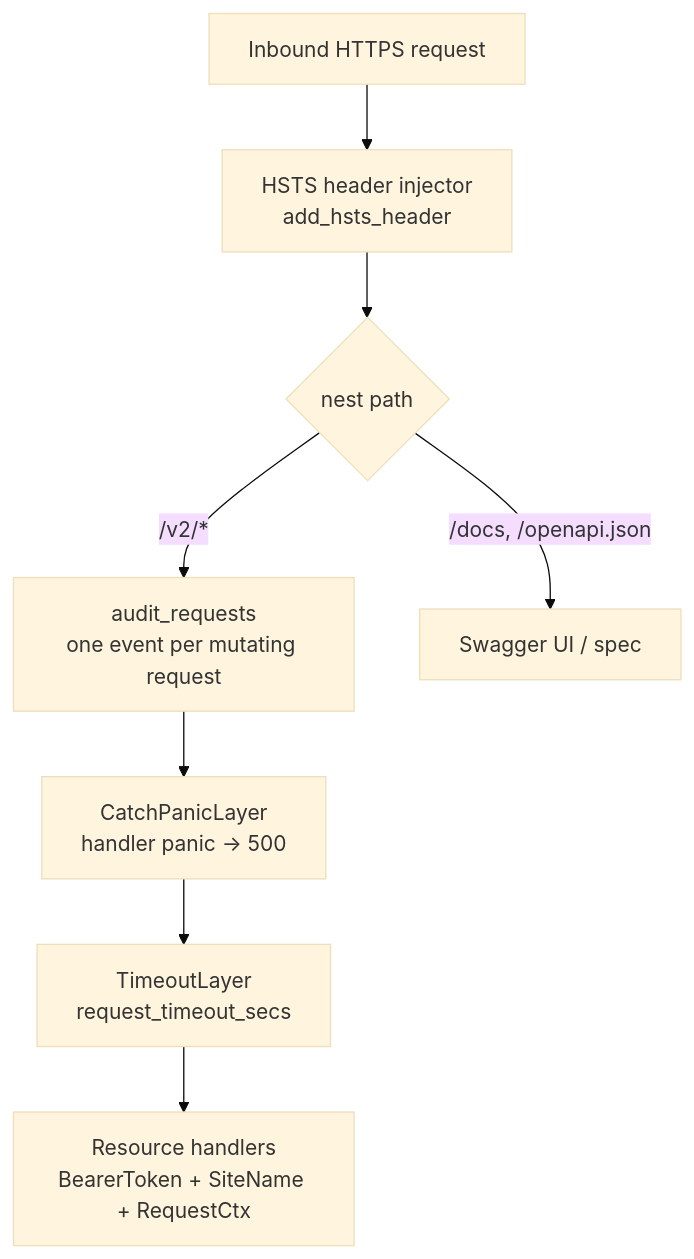
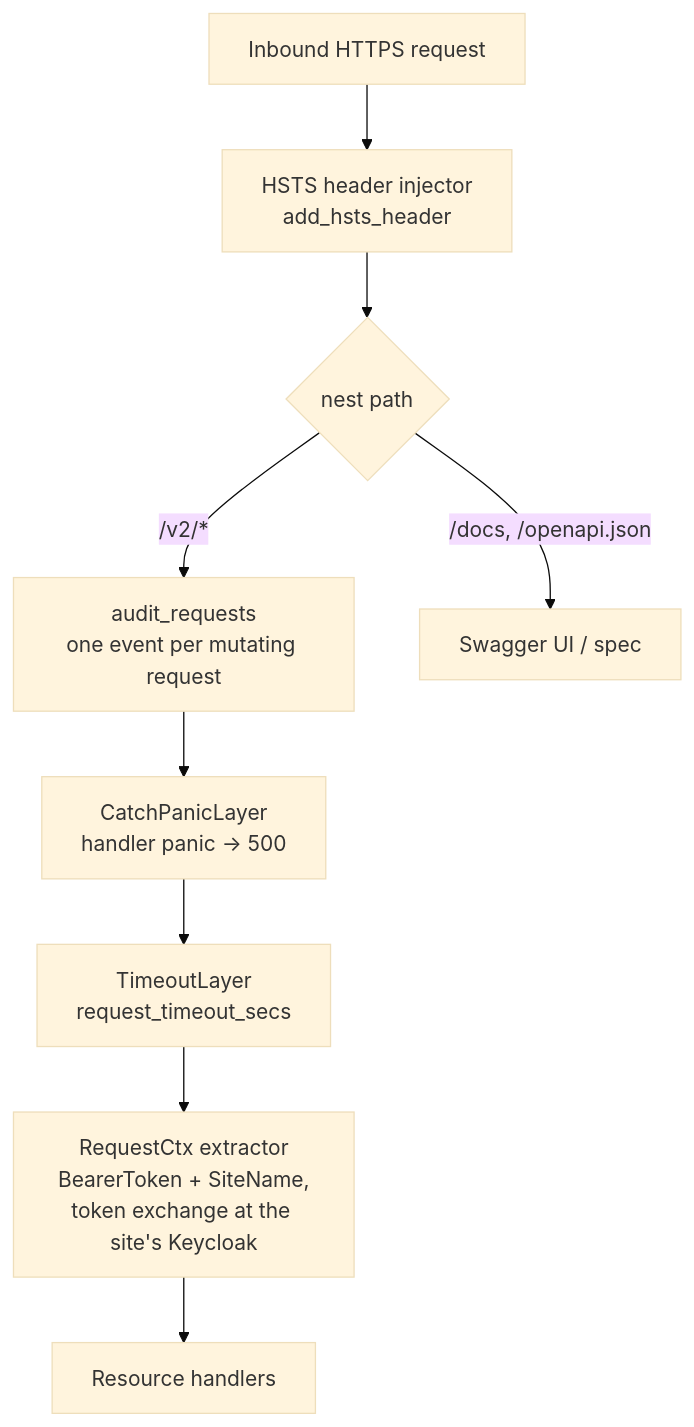
The third of 3 diagrams in ARCHITECTURE.md (eth-cscs/manta), drawn with Mermaid (base theme) before and after one commit. The commit also changed other lines of this file and 5 other files, not shown here.

First line of the commit message:
docs: document the per-request CSCS-to-CSM token exchange

````diff
--- a/ARCHITECTURE.md
+++ b/ARCHITECTURE.md
@@ -338,12 +347,13 @@
 ```mermaid
 flowchart TD
     Req[Inbound HTTPS request] --> HSTS[HSTS header injector<br/>add_hsts_header]
     HSTS --> Split{nest path}
 
     Split -->|/v2/*| Aud[audit_requests<br/>one event per mutating request]
     Aud --> Panic[CatchPanicLayer<br/>handler panic → 500]
     Panic --> Tmo[TimeoutLayer<br/>request_timeout_secs]
-    Tmo --> Hdlr[Resource handlers<br/>BearerToken + SiteName + RequestCtx]
+    Tmo --> Ctx[RequestCtx extractor<br/>BearerToken + SiteName,<br/>token exchange at the site's Keycloak]
+    Ctx --> Hdlr[Resource handlers]
 
     Split -->|/docs, /openapi.json| Swagger[Swagger UI / spec]
 ```
````
